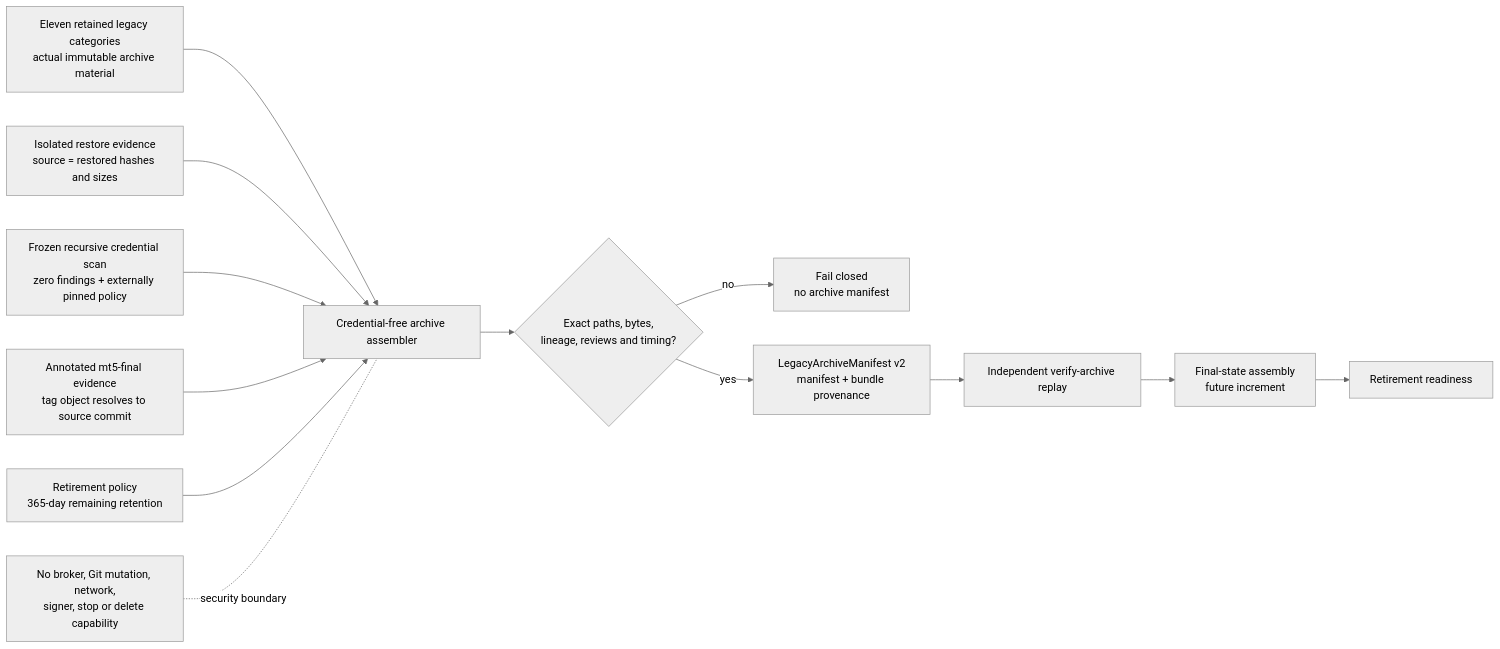
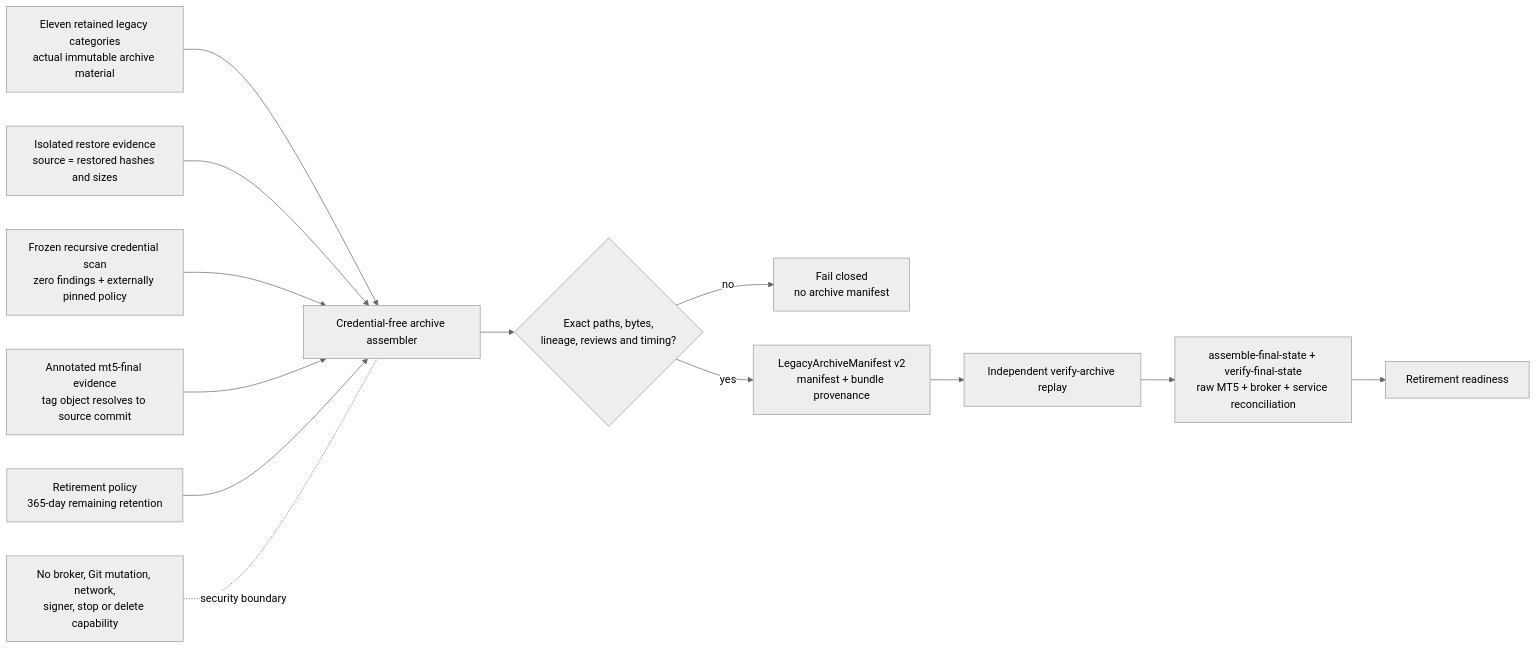
One commit to AegisFintech/AIQuantTrader changed the diagram in docs/architecture/diagrams/phase-10-legacy-archive.mmd. Above: the diagram before and after it, drawn with Mermaid (neutral theme). The commit also changed 26 other files, not shown here.

Commit message:
feat(native): assemble phase 10 final MT5 state

```diff
--- a/docs/architecture/diagrams/phase-10-legacy-archive.mmd
+++ b/docs/architecture/diagrams/phase-10-legacy-archive.mmd
@@ -1,15 +1,15 @@
 flowchart LR
     A[Eleven retained legacy categories<br/>actual immutable archive material] --> V[Credential-free archive assembler]
     R[Isolated restore evidence<br/>source = restored hashes and sizes] --> V
     S[Frozen recursive credential scan<br/>zero findings + externally pinned policy] --> V
     T[Annotated mt5-final evidence<br/>tag object resolves to source commit] --> V
     P[Retirement policy<br/>365-day remaining retention] --> V
 
     V --> G{Exact paths, bytes,<br/>lineage, reviews and timing?}
     G -- no --> X[Fail closed<br/>no archive manifest]
     G -- yes --> M[LegacyArchiveManifest v2<br/>manifest + bundle provenance]
     M --> I[Independent verify-archive replay]
-    I --> F[Final-state assembly<br/>future increment]
+    I --> F[assemble-final-state + verify-final-state<br/>raw MT5 + broker + service reconciliation]
     F --> Q[Retirement readiness]
 
     N[No broker, Git mutation, network,<br/>signer, stop or delete capability] -. security boundary .- V
```
